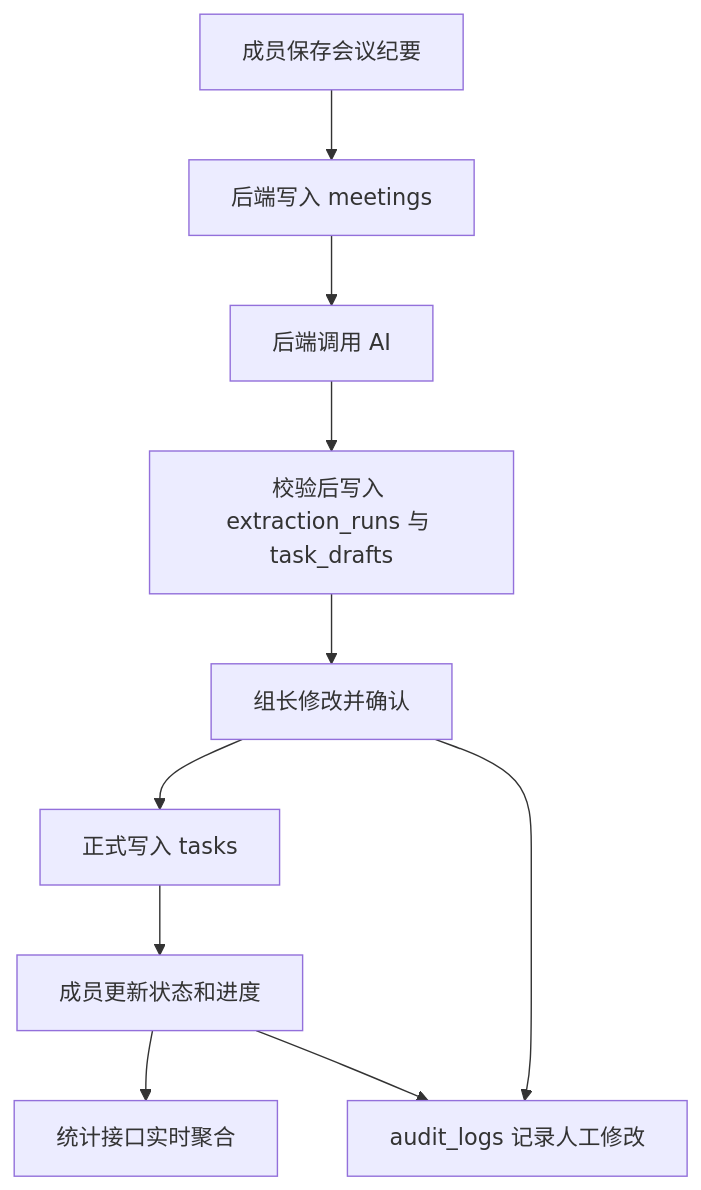
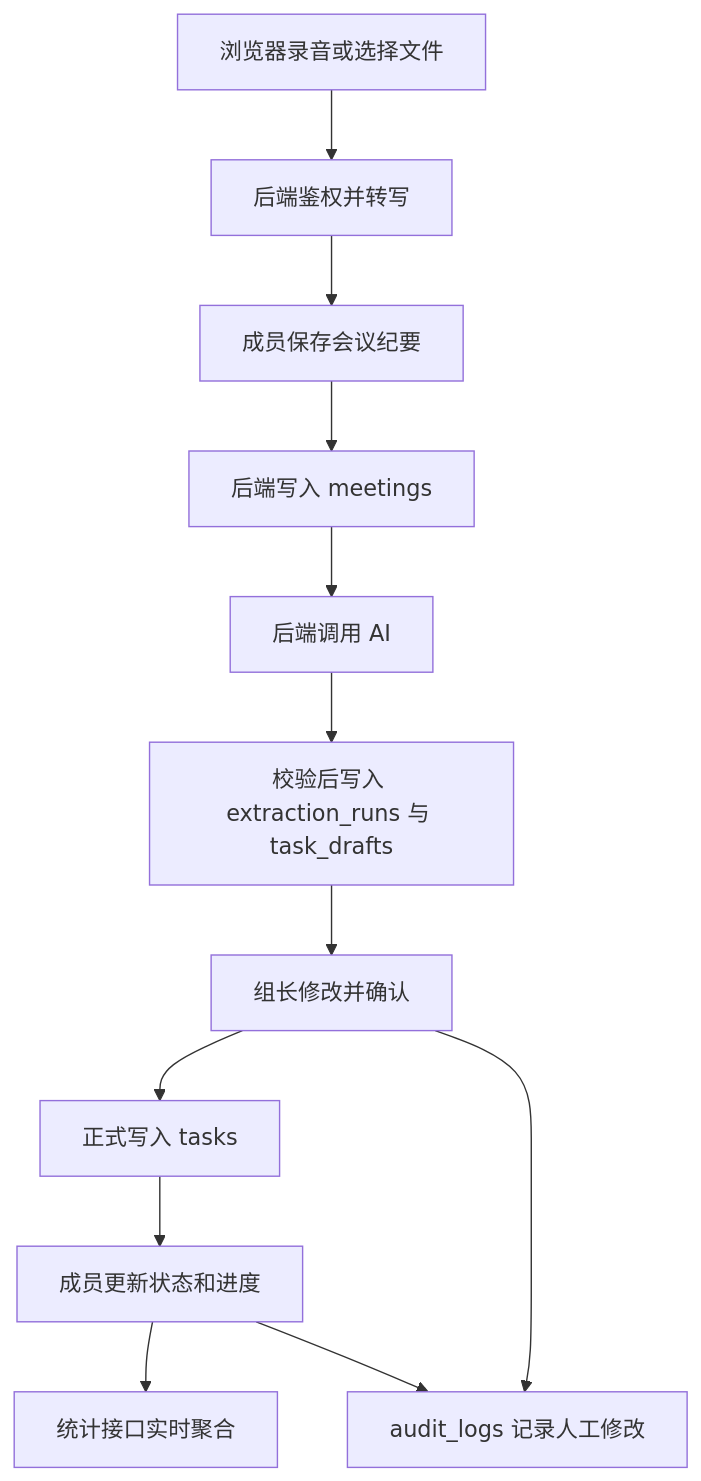
Before and after one commit to Ddddd0412/eggeggeggeggeggeggeggegg: the diagram in docs/成员3一步一步实施指南.md, drawn with Mermaid. The commit also changed other lines of this file and 26 other files, not shown here.

````diff
--- a/docs/成员3一步一步实施指南.md
+++ b/docs/成员3一步一步实施指南.md
@@ -17,12 +17,14 @@
 ```mermaid
 flowchart TD
     A[成员保存会议纪要] --> B[后端写入 meetings]
+    R[浏览器录音或选择文件] --> T[后端鉴权并转写]
+    T --> A
     B --> C[后端调用 AI]
     C --> D[校验后写入 extraction_runs 与 task_drafts]
     D --> E[组长修改并确认]
     E --> F[正式写入 tasks]
     F --> G[成员更新状态和进度]
     G --> H[统计接口实时聚合]
     E --> I[audit_logs 记录人工修改]
     G --> I
 ```
````
